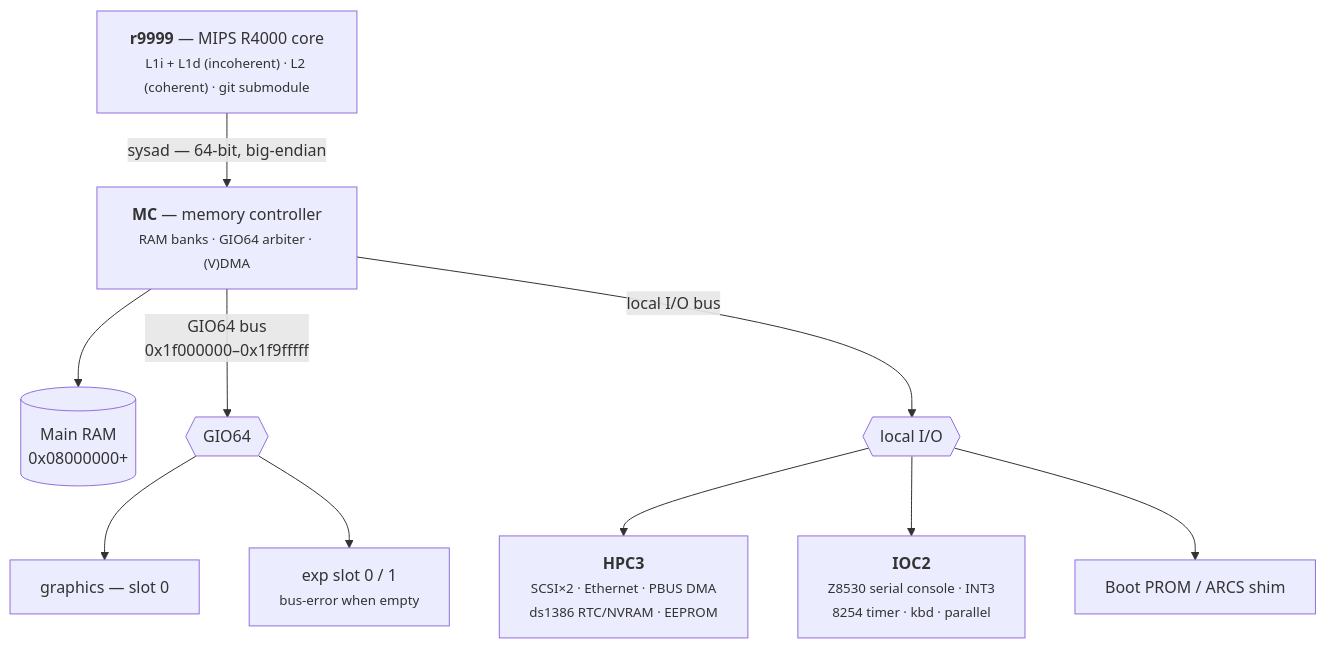
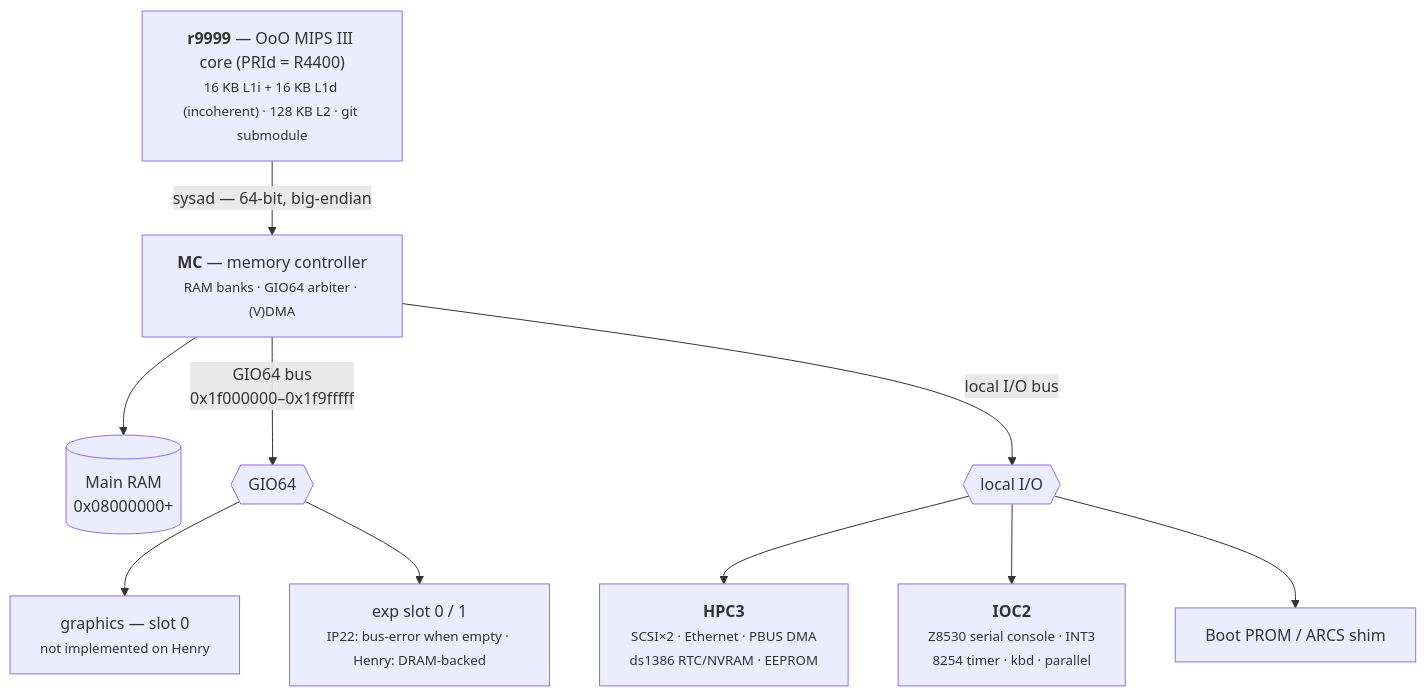
The diagram in docs/index.md (dsheffie/henry-the-wannabe-ip22-soc), drawn with Mermaid before and after one commit. The commit also changed other lines of this file and 26 other files, not shown here.

````diff
--- a/docs/index.md
+++ b/docs/index.md
@@ -23,13 +24,13 @@
 ```mermaid
 flowchart TD
-    CPU["<b>r9999</b> — MIPS R4000 core<br/><small>L1i + L1d (incoherent) · L2 (coherent) · git submodule</small>"]
+    CPU["<b>r9999</b> — OoO MIPS III core (PRId = R4400)<br/><small>16 KB L1i + 16 KB L1d (incoherent) · 128 KB L2 · git submodule</small>"]
     CPU -->|"sysad — 64-bit, big-endian"| MC["<b>MC</b> — memory controller<br/><small>RAM banks · GIO64 arbiter · (V)DMA</small>"]
     MC --> RAM[("Main RAM<br/>0x08000000+")]
     MC -->|"GIO64 bus<br/>0x1f000000–0x1f9fffff"| GIO{{GIO64}}
-    GIO --> GFX["graphics — slot 0"]
-    GIO --> EXP["exp slot 0 / 1<br/><small>bus-error when empty</small>"]
+    GIO --> GFX["graphics — slot 0<br/><small>not implemented on Henry</small>"]
+    GIO --> EXP["exp slot 0 / 1<br/><small>IP22: bus-error when empty · Henry: DRAM-backed</small>"]
     MC -->|local I/O bus| LIO{{local I/O}}
     LIO --> HPC3["<b>HPC3</b><br/><small>SCSI×2 · Ethernet · PBUS DMA<br/>ds1386 RTC/NVRAM · EEPROM</small>"]
     LIO --> IOC2["<b>IOC2</b><br/><small>Z8530 serial console · INT3<br/>8254 timer · kbd · parallel</small>"]
     LIO --> PROM["Boot PROM / ARCS shim"]
 ```
````
